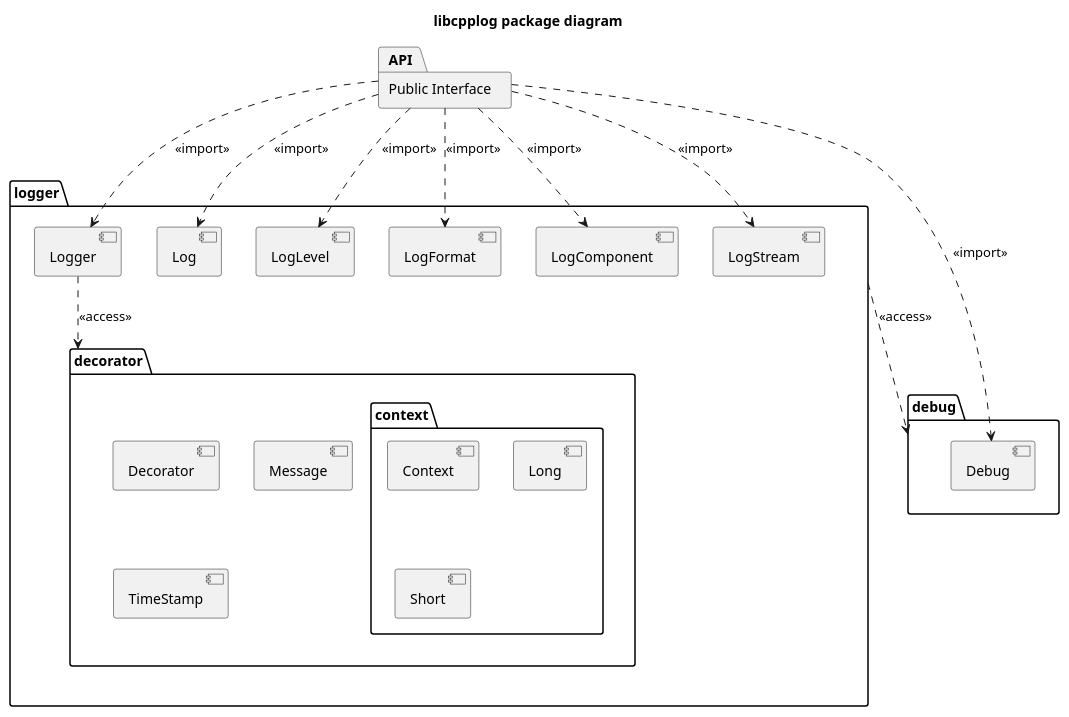
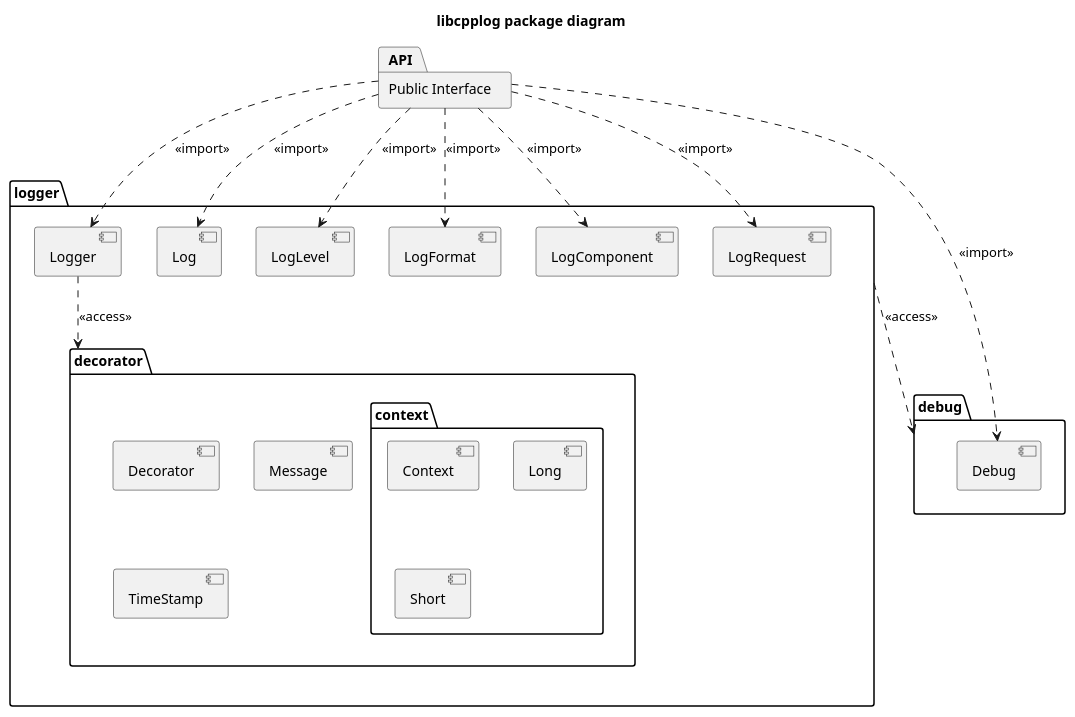
Before and after one commit to kfpgk/libcpplog: the diagram in libcpplog/doc/package.puml, drawn with PlantUML.

Commit message:
logger package diagram: Fix wrong object name LogStream > LogRequest

```diff
--- a/libcpplog/doc/package.puml
+++ b/libcpplog/doc/package.puml
@@ -1,45 +1,45 @@
 @startuml package-diagram
 
 title libcpplog package diagram
 
 package "Public Interface" as API
 
 package logger {
     [Logger]
     [Log]
     [LogLevel]
     [LogFormat]
     [LogComponent]
-    [LogStream]
+    [LogRequest]
 
     package decorator {
         [Decorator]
         [Message]
         [LogLevel]
         [TimeStamp]
 
         package context {
             [Context]
             [Long]
             [Short]
         }
     }
 }
 
 package debug {
     [Debug]
 }
 
 logger ..> debug : <<access>>
 
 [Logger] ..> decorator : <<access>>
 
 API ..> Logger : <<import>>
 API ..> Log : <<import>>
 API ..> LogLevel : <<import>>
 API ..> LogFormat : <<import>>
 API ..> LogComponent : <<import>>
-API ..> LogStream : <<import>>
+API ..> LogRequest : <<import>>
 API ..> Debug : <<import>>
 
 @enduml
```
